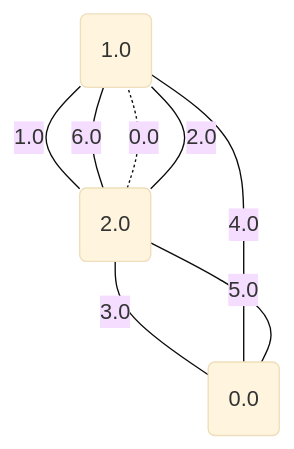
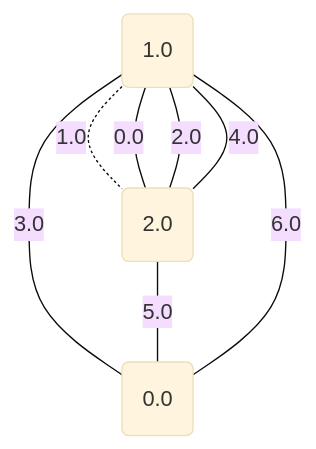
One commit to metury/graphs changed diagram 16 of 17 in project/src/testing/minCutPetersen.md. Above: the diagram before and after it, drawn with Mermaid (base theme). The commit also changed other lines of this file and 50 other files, not shown here.

````diff
--- a/project/src/testing/minCutPetersen.md
+++ b/project/src/testing/minCutPetersen.md
@@ -392,13 +392,13 @@
 ```mermaid
 graph TD;
 0("0.0");
 1("1.0");
 2("2.0");
-	2 -. "0.0" -.- 1;
-	1 -- "1.0" --- 2;
+	2 -- "0.0" --- 1;
+	1 -. "1.0" -.- 2;
 	2 -- "2.0" --- 1;
-	2 -- "3.0" --- 0;
-	1 -- "4.0" --- 0;
+	1 -- "3.0" --- 0;
+	2 -- "4.0" --- 1;
 	2 -- "5.0" --- 0;
-	1 -- "6.0" --- 2;
+	1 -- "6.0" --- 0;
 ```
````
